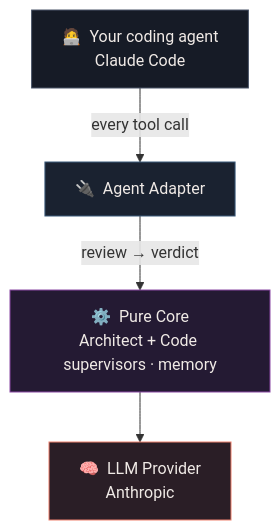
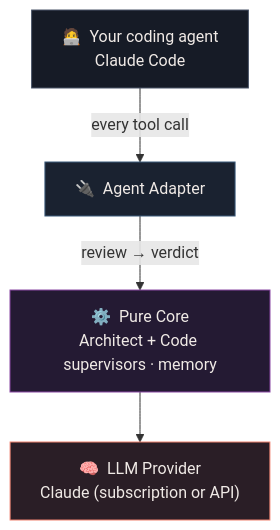
Before and after one commit to Touchpoint-Labs/Gadfly: the diagram in README.md, drawn with Mermaid. The commit also changed other lines of this file, not shown here.

Commit message:
Revise README: plainer voice, add config and roadmap sections

````diff
--- a/README.md
+++ b/README.md
@@ -156,14 +159,14 @@
 ```mermaid
 flowchart TB
     agent["🧑‍💻 &nbsp;Your coding agent<br/>Claude Code"]
     adapter["🔌 &nbsp;Agent Adapter"]
     core["⚙️ &nbsp;Pure Core<br/>Architect + Code supervisors · memory"]
-    llm["🧠 &nbsp;LLM Provider<br/>Anthropic"]
+    llm["🧠 &nbsp;LLM Provider<br/>Claude (subscription or API)"]
     agent -->|"every tool call"| adapter
     adapter -->|"review → verdict"| core
     core --> llm
     style agent fill:#161b26,stroke:#4a5568,color:#f0eae6
     style adapter fill:#1a2230,stroke:#3a5a7a,color:#f0eae6
     style core fill:#241a33,stroke:#8A48A4,color:#f0eae6
     style llm fill:#2a1e26,stroke:#EF816F,color:#f0eae6
 ```
````
